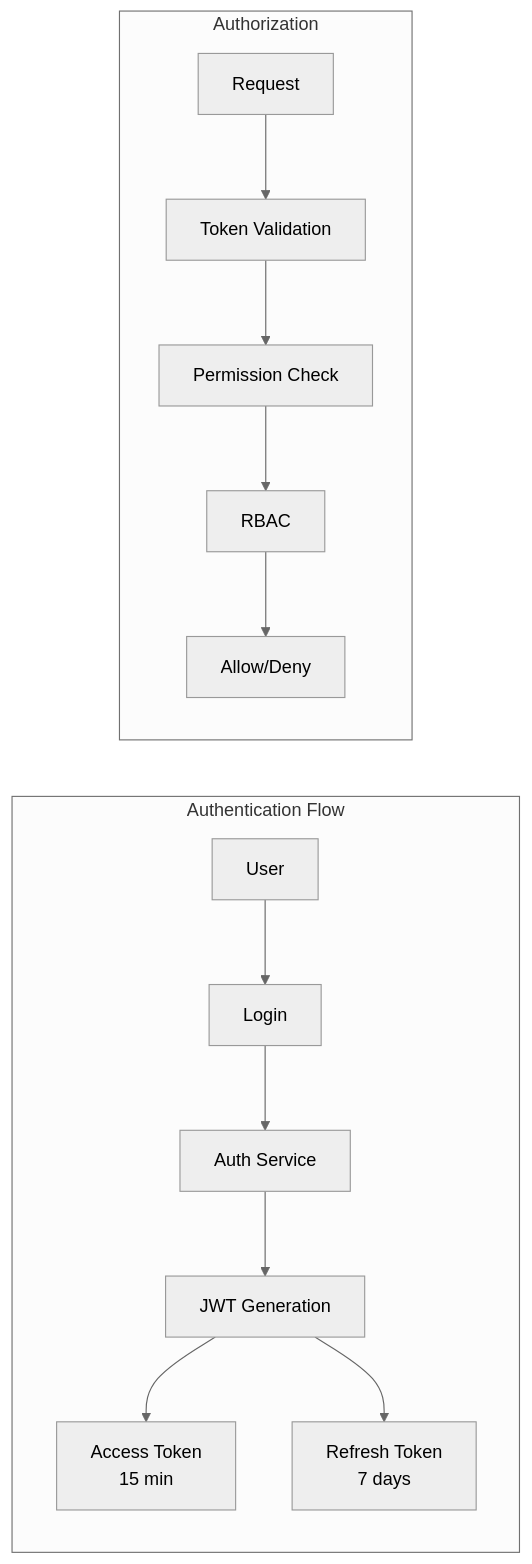
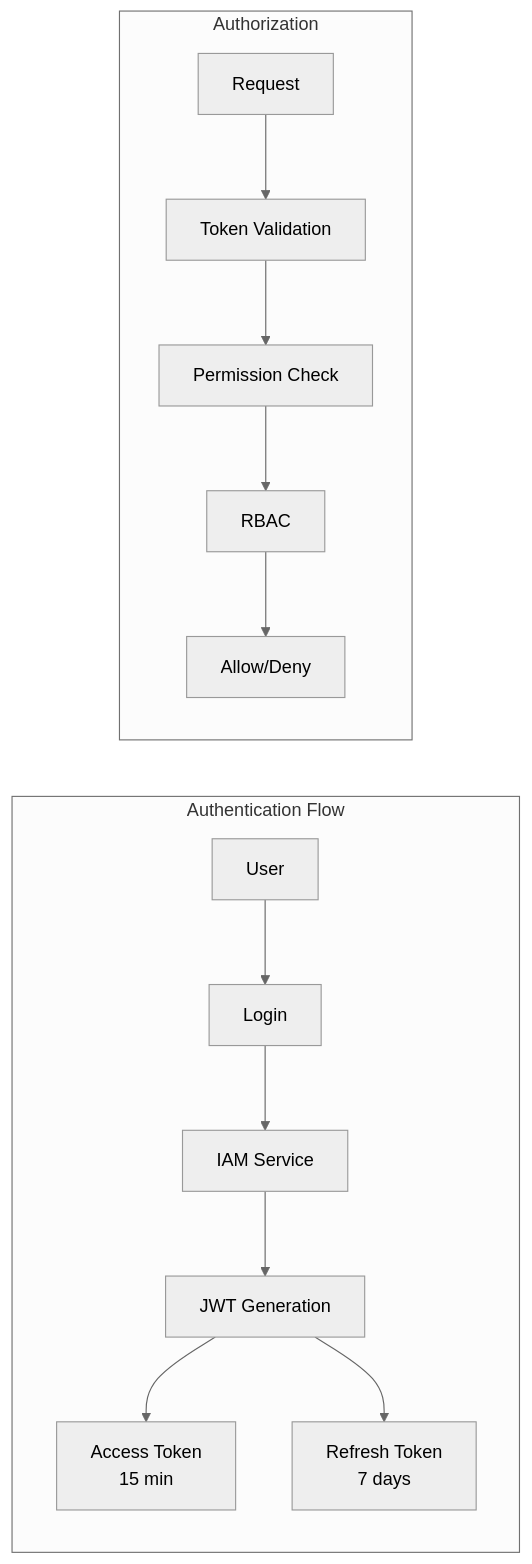
Before and after one commit to uniyous/parkgolf-platform: the sixth of 8 diagrams in docs/ARCHITECTURE.md, drawn with Mermaid (neutral theme). The commit also changed other lines of this file and 2 other files, not shown here.

````diff
--- a/docs/ARCHITECTURE.md
+++ b/docs/ARCHITECTURE.md
@@ -829,17 +671,17 @@
 ```mermaid
 graph LR
     subgraph "Authentication Flow"
         A[User] --> B[Login]
-        B --> C[Auth Service]
+        B --> C[IAM Service]
         C --> D[JWT Generation]
         D --> E[Access Token<br/>15 min]
         D --> F[Refresh Token<br/>7 days]
     end
 
     subgraph "Authorization"
         G[Request] --> H[Token Validation]
         H --> I[Permission Check]
         I --> J[RBAC]
         J --> K[Allow/Deny]
     end
 ```
````
